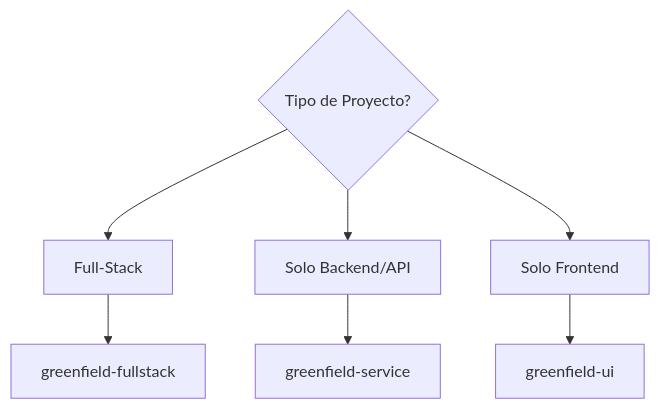
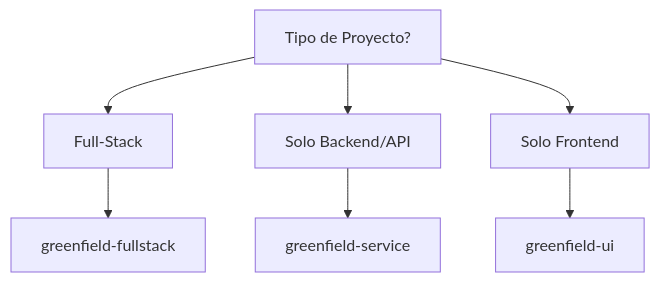
The second of 3 diagrams in content/es/docs/aios-workflows/README.mdx (bychrisr/aios-docs), drawn with Mermaid before and after one commit. The commit also changed other lines of this file and 40 other files, not shown here.

````diff
--- a/content/es/docs/aios-workflows/README.mdx
+++ b/content/es/docs/aios-workflows/README.mdx
@@ -163,10 +163,10 @@
 ```mermaid
 flowchart TD
-    A{Tipo de Proyecto?} --> B[Full-Stack]
+    A[Tipo de Proyecto?] --> B[Full-Stack]
     A --> C[Solo Backend/API]
     A --> D[Solo Frontend]
 
     B --> E[greenfield-fullstack]
     C --> F[greenfield-service]
     D --> G[greenfield-ui]
 ```
````
